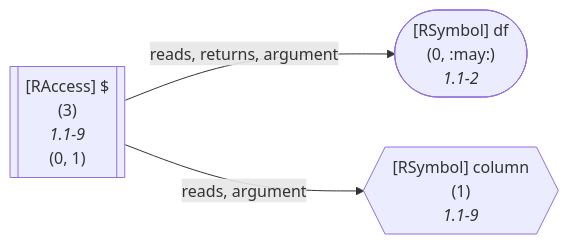
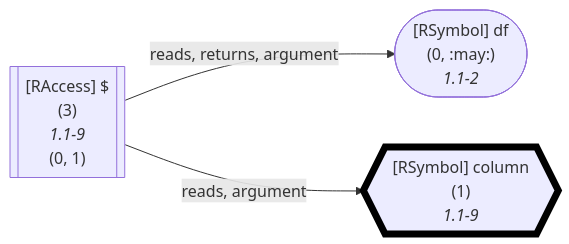
The fourth of 26 diagrams in wiki/Dataflow Graph.md (flowr-analysis/flowr), drawn with Mermaid before and after one commit. The commit also changed other lines of this file and 2 other files, not shown here.

Commit message:
wip: working on doc of dataflow graph use

````diff
--- a/wiki/Dataflow Graph.md
+++ b/wiki/Dataflow Graph.md
@@ -354,15 +354,16 @@
 ```mermaid
 flowchart LR
     0(["`#91;RSymbol#93; df
       (0, :may:)
       *1.1-2*`"])
     1{{"`#91;RSymbol#93; column
       (1)
       *1.1-9*`"}}
+    style 1 stroke:black,stroke-width:7px; 
     3[["`#91;RAccess#93; $
       (3)
       *1.1-9*
     (0, 1)`"]]
     3 -->|"reads, returns, argument"| 0
     3 -->|"reads, argument"| 1
 ```
````
